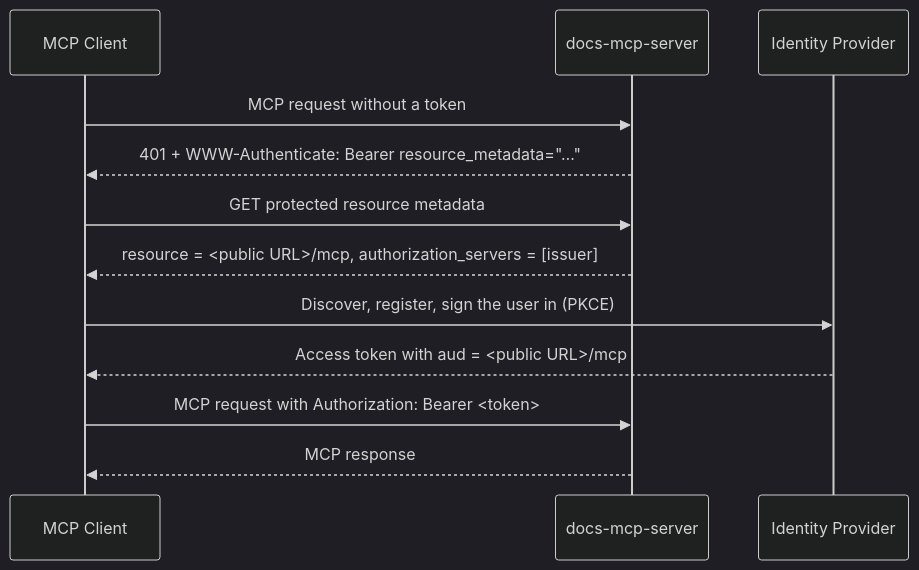
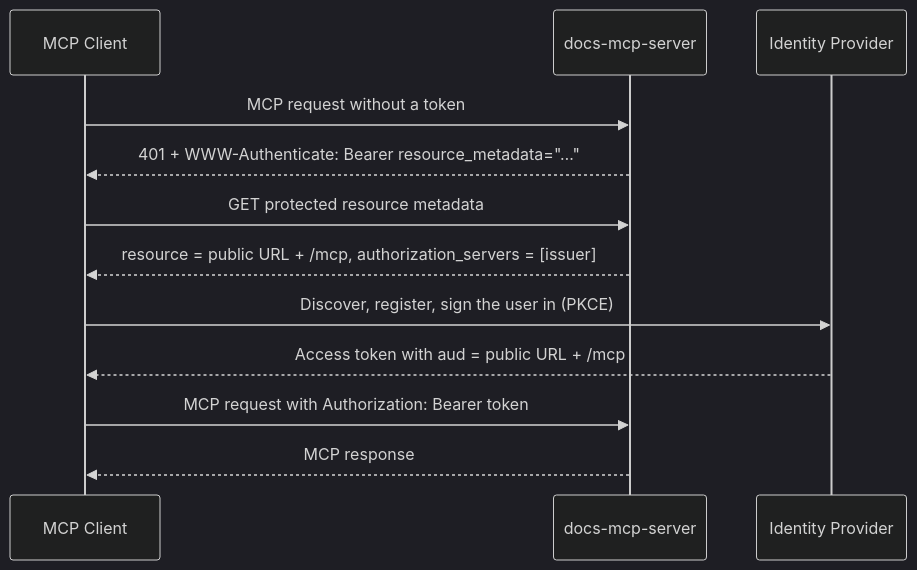
The diagram in docs/infrastructure/authentication.md (arabold/docs-mcp-server), drawn with Mermaid (dark theme) before and after one commit. The commit also changed other lines of this file and 32 other files, not shown here.

````diff
--- a/docs/infrastructure/authentication.md
+++ b/docs/infrastructure/authentication.md
@@ -28,15 +28,15 @@
 ```mermaid
 sequenceDiagram
     participant Client as MCP Client
     participant Server as docs-mcp-server
     participant Provider as Identity Provider
 
     Client->>Server: MCP request without a token
     Server-->>Client: 401 + WWW-Authenticate: Bearer resource_metadata="…"
     Client->>Server: GET protected resource metadata
-    Server-->>Client: resource = <public URL>/mcp, authorization_servers = [issuer]
+    Server-->>Client: resource = public URL + /mcp, authorization_servers = [issuer]
     Client->>Provider: Discover, register, sign the user in (PKCE)
-    Provider-->>Client: Access token with aud = <public URL>/mcp
-    Client->>Server: MCP request with Authorization: Bearer <token>
+    Provider-->>Client: Access token with aud = public URL + /mcp
+    Client->>Server: MCP request with Authorization: Bearer token
     Server-->>Client: MCP response
 ```
````
